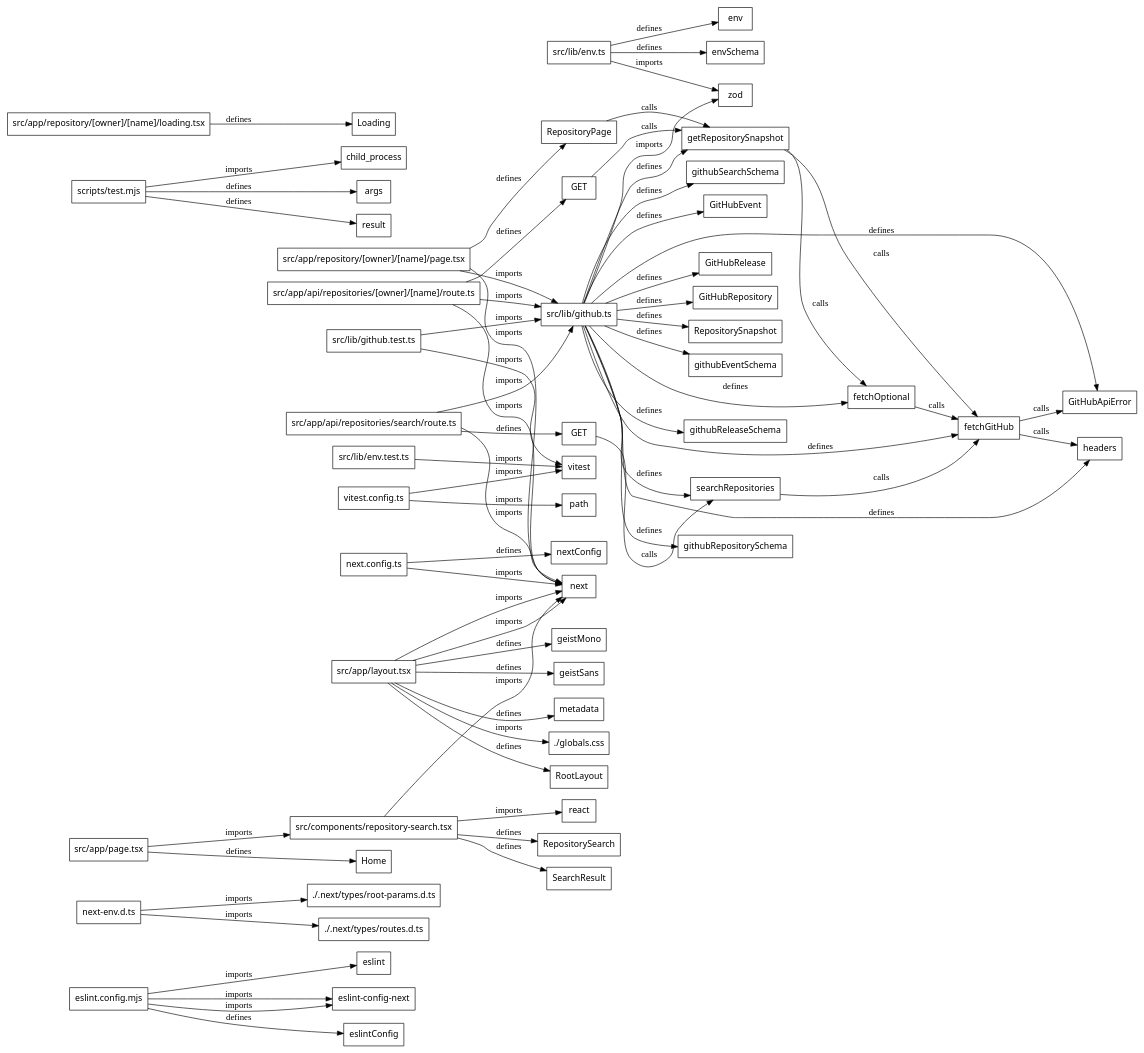
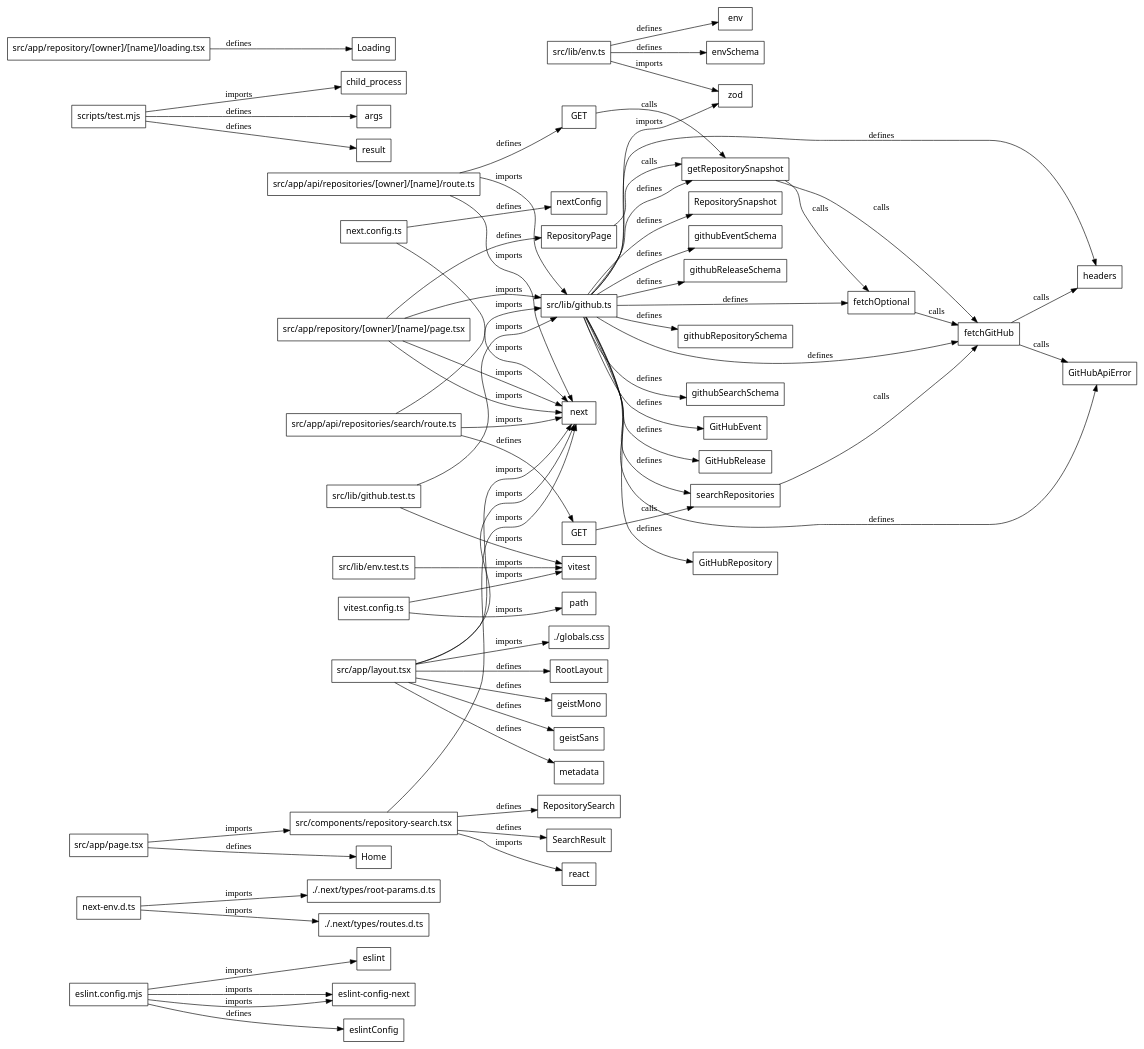
One commit to rishibalanagu0108/repopulse changed the diagram in .genesis/index/graph.dot. Above: the diagram before and after it, drawn with Graphviz. The commit also changed 7 other files, not shown here.

```diff
--- a/.genesis/index/graph.dot
+++ b/.genesis/index/graph.dot
@@ -1,128 +1,129 @@
 digraph genesis {
   rankdir=LR;
   node [shape=box,fontname="system-ui"];
   "file:eslint.config.mjs" [label="eslint.config.mjs",class="file"];
   "file:next-env.d.ts" [label="next-env.d.ts",class="file"];
   "file:next.config.ts" [label="next.config.ts",class="file"];
   "file:scripts/test.mjs" [label="scripts/test.mjs",class="file"];
   "file:src/app/api/repositories/[owner]/[name]/route.ts" [label="src/app/api/repositories/[owner]/[name]/route.ts",class="file"];
   "file:src/app/api/repositories/search/route.ts" [label="src/app/api/repositories/search/route.ts",class="file"];
   "file:src/app/layout.tsx" [label="src/app/layout.tsx",class="file"];
   "file:src/app/page.tsx" [label="src/app/page.tsx",class="file"];
   "file:src/app/repository/[owner]/[name]/loading.tsx" [label="src/app/repository/[owner]/[name]/loading.tsx",class="file"];
   "file:src/app/repository/[owner]/[name]/page.tsx" [label="src/app/repository/[owner]/[name]/page.tsx",class="file"];
   "file:src/components/repository-search.tsx" [label="src/components/repository-search.tsx",class="file"];
   "file:src/lib/env.test.ts" [label="src/lib/env.test.ts",class="file"];
   "file:src/lib/env.ts" [label="src/lib/env.ts",class="file"];
   "file:src/lib/github.test.ts" [label="src/lib/github.test.ts",class="file"];
   "file:src/lib/github.ts" [label="src/lib/github.ts",class="file"];
   "file:vitest.config.ts" [label="vitest.config.ts",class="file"];
   "package:npm:eslint" [label="eslint",class="package"];
   "package:npm:eslint-config-next" [label="eslint-config-next",class="package"];
   "package:npm:next" [label="next",class="package"];
   "package:npm:react" [label="react",class="package"];
   "package:npm:vitest" [label="vitest",class="package"];
   "package:npm:zod" [label="zod",class="package"];
   "runtime:javascript:child_process" [label="child_process",class="runtime"];
   "runtime:javascript:path" [label="path",class="runtime"];
   "symbol:eslint.config.mjs#variable:eslintConfig" [label="eslintConfig",class="symbol"];
   "symbol:next.config.ts#variable:nextConfig" [label="nextConfig",class="symbol"];
   "symbol:scripts/test.mjs#variable:args" [label="args",class="symbol"];
   "symbol:scripts/test.mjs#variable:result" [label="result",class="symbol"];
   "symbol:src/app/api/repositories/[owner]/[name]/route.ts#function:GET" [label="GET",class="symbol"];
   "symbol:src/app/api/repositories/search/route.ts#function:GET" [label="GET",class="symbol"];
   "symbol:src/app/layout.tsx#function:RootLayout" [label="RootLayout",class="symbol"];
   "symbol:src/app/layout.tsx#variable:geistMono" [label="geistMono",class="symbol"];
   "symbol:src/app/layout.tsx#variable:geistSans" [label="geistSans",class="symbol"];
   "symbol:src/app/layout.tsx#variable:metadata" [label="metadata",class="symbol"];
   "symbol:src/app/page.tsx#function:Home" [label="Home",class="symbol"];
   "symbol:src/app/repository/[owner]/[name]/loading.tsx#function:Loading" [label="Loading",class="symbol"];
   "symbol:src/app/repository/[owner]/[name]/page.tsx#function:RepositoryPage" [label="RepositoryPage",class="symbol"];
   "symbol:src/components/repository-search.tsx#function:RepositorySearch" [label="RepositorySearch",class="symbol"];
   "symbol:src/components/repository-search.tsx#type:SearchResult" [label="SearchResult",class="symbol"];
   "symbol:src/lib/env.ts#variable:env" [label="env",class="symbol"];
   "symbol:src/lib/env.ts#variable:envSchema" [label="envSchema",class="symbol"];
   "symbol:src/lib/github.ts#class:GitHubApiError" [label="GitHubApiError",class="symbol"];
   "symbol:src/lib/github.ts#function:fetchGitHub" [label="fetchGitHub",class="symbol"];
   "symbol:src/lib/github.ts#function:fetchOptional" [label="fetchOptional",class="symbol"];
   "symbol:src/lib/github.ts#function:getRepositorySnapshot" [label="getRepositorySnapshot",class="symbol"];
   "symbol:src/lib/github.ts#function:headers" [label="headers",class="symbol"];
   "symbol:src/lib/github.ts#function:searchRepositories" [label="searchRepositories",class="symbol"];
   "symbol:src/lib/github.ts#type:GitHubEvent" [label="GitHubEvent",class="symbol"];
   "symbol:src/lib/github.ts#type:GitHubRelease" [label="GitHubRelease",class="symbol"];
   "symbol:src/lib/github.ts#type:GitHubRepository" [label="GitHubRepository",class="symbol"];
   "symbol:src/lib/github.ts#type:RepositorySnapshot" [label="RepositorySnapshot",class="symbol"];
   "symbol:src/lib/github.ts#variable:githubEventSchema" [label="githubEventSchema",class="symbol"];
   "symbol:src/lib/github.ts#variable:githubReleaseSchema" [label="githubReleaseSchema",class="symbol"];
   "symbol:src/lib/github.ts#variable:githubRepositorySchema" [label="githubRepositorySchema",class="symbol"];
   "symbol:src/lib/github.ts#variable:githubSearchSchema" [label="githubSearchSchema",class="symbol"];
   "unresolved:next-env.d.ts:./.next/types/root-params.d.ts" [label="./.next/types/root-params.d.ts",class="unresolved"];
   "unresolved:next-env.d.ts:./.next/types/routes.d.ts" [label="./.next/types/routes.d.ts",class="unresolved"];
   "unresolved:src/app/layout.tsx:./globals.css" [label="./globals.css",class="unresolved"];
   "symbol:src/app/api/repositories/[owner]/[name]/route.ts#function:GET" -> "symbol:src/lib/github.ts#function:getRepositorySnapshot" [label="calls"];
   "symbol:src/app/api/repositories/search/route.ts#function:GET" -> "symbol:src/lib/github.ts#function:searchRepositories" [label="calls"];
   "symbol:src/app/repository/[owner]/[name]/page.tsx#function:RepositoryPage" -> "symbol:src/lib/github.ts#function:getRepositorySnapshot" [label="calls"];
   "symbol:src/lib/github.ts#function:fetchGitHub" -> "symbol:src/lib/github.ts#class:GitHubApiError" [label="calls"];
   "symbol:src/lib/github.ts#function:fetchGitHub" -> "symbol:src/lib/github.ts#function:headers" [label="calls"];
   "symbol:src/lib/github.ts#function:fetchOptional" -> "symbol:src/lib/github.ts#function:fetchGitHub" [label="calls"];
   "symbol:src/lib/github.ts#function:getRepositorySnapshot" -> "symbol:src/lib/github.ts#function:fetchGitHub" [label="calls"];
   "symbol:src/lib/github.ts#function:getRepositorySnapshot" -> "symbol:src/lib/github.ts#function:fetchOptional" [label="calls"];
   "symbol:src/lib/github.ts#function:searchRepositories" -> "symbol:src/lib/github.ts#function:fetchGitHub" [label="calls"];
   "file:eslint.config.mjs" -> "symbol:eslint.config.mjs#variable:eslintConfig" [label="defines"];
   "file:next.config.ts" -> "symbol:next.config.ts#variable:nextConfig" [label="defines"];
   "file:scripts/test.mjs" -> "symbol:scripts/test.mjs#variable:args" [label="defines"];
   "file:scripts/test.mjs" -> "symbol:scripts/test.mjs#variable:result" [label="defines"];
   "file:src/app/api/repositories/[owner]/[name]/route.ts" -> "symbol:src/app/api/repositories/[owner]/[name]/route.ts#function:GET" [label="defines"];
   "file:src/app/api/repositories/search/route.ts" -> "symbol:src/app/api/repositories/search/route.ts#function:GET" [label="defines"];
   "file:src/app/layout.tsx" -> "symbol:src/app/layout.tsx#function:RootLayout" [label="defines"];
   "file:src/app/layout.tsx" -> "symbol:src/app/layout.tsx#variable:geistMono" [label="defines"];
   "file:src/app/layout.tsx" -> "symbol:src/app/layout.tsx#variable:geistSans" [label="defines"];
   "file:src/app/layout.tsx" -> "symbol:src/app/layout.tsx#variable:metadata" [label="defines"];
   "file:src/app/page.tsx" -> "symbol:src/app/page.tsx#function:Home" [label="defines"];
   "file:src/app/repository/[owner]/[name]/loading.tsx" -> "symbol:src/app/repository/[owner]/[name]/loading.tsx#function:Loading" [label="defines"];
   "file:src/app/repository/[owner]/[name]/page.tsx" -> "symbol:src/app/repository/[owner]/[name]/page.tsx#function:RepositoryPage" [label="defines"];
   "file:src/components/repository-search.tsx" -> "symbol:src/components/repository-search.tsx#function:RepositorySearch" [label="defines"];
   "file:src/components/repository-search.tsx" -> "symbol:src/components/repository-search.tsx#type:SearchResult" [label="defines"];
   "file:src/lib/env.ts" -> "symbol:src/lib/env.ts#variable:env" [label="defines"];
   "file:src/lib/env.ts" -> "symbol:src/lib/env.ts#variable:envSchema" [label="defines"];
   "file:src/lib/github.ts" -> "symbol:src/lib/github.ts#class:GitHubApiError" [label="defines"];
   "file:src/lib/github.ts" -> "symbol:src/lib/github.ts#function:fetchGitHub" [label="defines"];
   "file:src/lib/github.ts" -> "symbol:src/lib/github.ts#function:fetchOptional" [label="defines"];
   "file:src/lib/github.ts" -> "symbol:src/lib/github.ts#function:getRepositorySnapshot" [label="defines"];
   "file:src/lib/github.ts" -> "symbol:src/lib/github.ts#function:headers" [label="defines"];
   "file:src/lib/github.ts" -> "symbol:src/lib/github.ts#function:searchRepositories" [label="defines"];
   "file:src/lib/github.ts" -> "symbol:src/lib/github.ts#type:GitHubEvent" [label="defines"];
   "file:src/lib/github.ts" -> "symbol:src/lib/github.ts#type:GitHubRelease" [label="defines"];
   "file:src/lib/github.ts" -> "symbol:src/lib/github.ts#type:GitHubRepository" [label="defines"];
   "file:src/lib/github.ts" -> "symbol:src/lib/github.ts#type:RepositorySnapshot" [label="defines"];
   "file:src/lib/github.ts" -> "symbol:src/lib/github.ts#variable:githubEventSchema" [label="defines"];
   "file:src/lib/github.ts" -> "symbol:src/lib/github.ts#variable:githubReleaseSchema" [label="defines"];
   "file:src/lib/github.ts" -> "symbol:src/lib/github.ts#variable:githubRepositorySchema" [label="defines"];
   "file:src/lib/github.ts" -> "symbol:src/lib/github.ts#variable:githubSearchSchema" [label="defines"];
   "file:eslint.config.mjs" -> "package:npm:eslint-config-next" [label="imports"];
   "file:eslint.config.mjs" -> "package:npm:eslint-config-next" [label="imports"];
   "file:eslint.config.mjs" -> "package:npm:eslint" [label="imports"];
   "file:next-env.d.ts" -> "unresolved:next-env.d.ts:./.next/types/root-params.d.ts" [label="imports"];
   "file:next-env.d.ts" -> "unresolved:next-env.d.ts:./.next/types/routes.d.ts" [label="imports"];
   "file:next.config.ts" -> "package:npm:next" [label="imports"];
   "file:scripts/test.mjs" -> "runtime:javascript:child_process" [label="imports"];
   "file:src/app/api/repositories/[owner]/[name]/route.ts" -> "file:src/lib/github.ts" [label="imports"];
   "file:src/app/api/repositories/[owner]/[name]/route.ts" -> "package:npm:next" [label="imports"];
   "file:src/app/api/repositories/search/route.ts" -> "file:src/lib/github.ts" [label="imports"];
   "file:src/app/api/repositories/search/route.ts" -> "package:npm:next" [label="imports"];
   "file:src/app/layout.tsx" -> "package:npm:next" [label="imports"];
   "file:src/app/layout.tsx" -> "package:npm:next" [label="imports"];
   "file:src/app/layout.tsx" -> "unresolved:src/app/layout.tsx:./globals.css" [label="imports"];
   "file:src/app/page.tsx" -> "file:src/components/repository-search.tsx" [label="imports"];
   "file:src/app/repository/[owner]/[name]/page.tsx" -> "file:src/lib/github.ts" [label="imports"];
   "file:src/app/repository/[owner]/[name]/page.tsx" -> "package:npm:next" [label="imports"];
+  "file:src/app/repository/[owner]/[name]/page.tsx" -> "package:npm:next" [label="imports"];
   "file:src/components/repository-search.tsx" -> "package:npm:next" [label="imports"];
   "file:src/components/repository-search.tsx" -> "package:npm:react" [label="imports"];
   "file:src/lib/env.test.ts" -> "package:npm:vitest" [label="imports"];
   "file:src/lib/env.ts" -> "package:npm:zod" [label="imports"];
   "file:src/lib/github.test.ts" -> "file:src/lib/github.ts" [label="imports"];
   "file:src/lib/github.test.ts" -> "package:npm:vitest" [label="imports"];
   "file:src/lib/github.ts" -> "package:npm:zod" [label="imports"];
   "file:vitest.config.ts" -> "package:npm:vitest" [label="imports"];
   "file:vitest.config.ts" -> "runtime:javascript:path" [label="imports"];
 }
```
